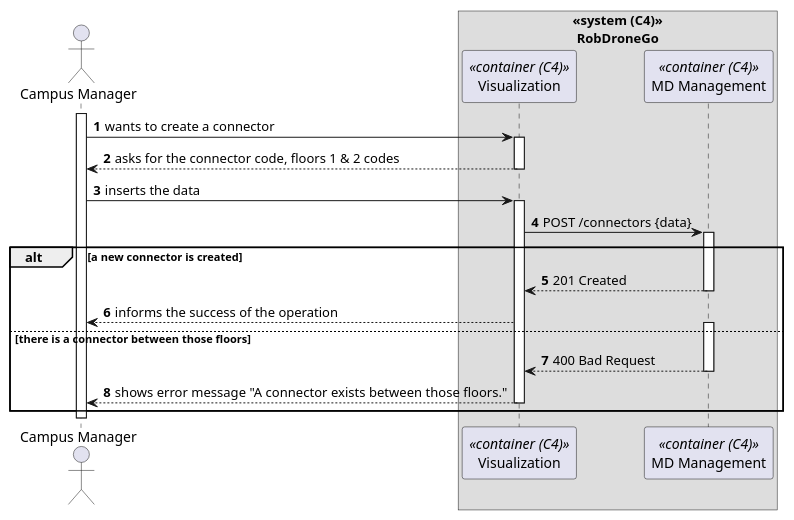
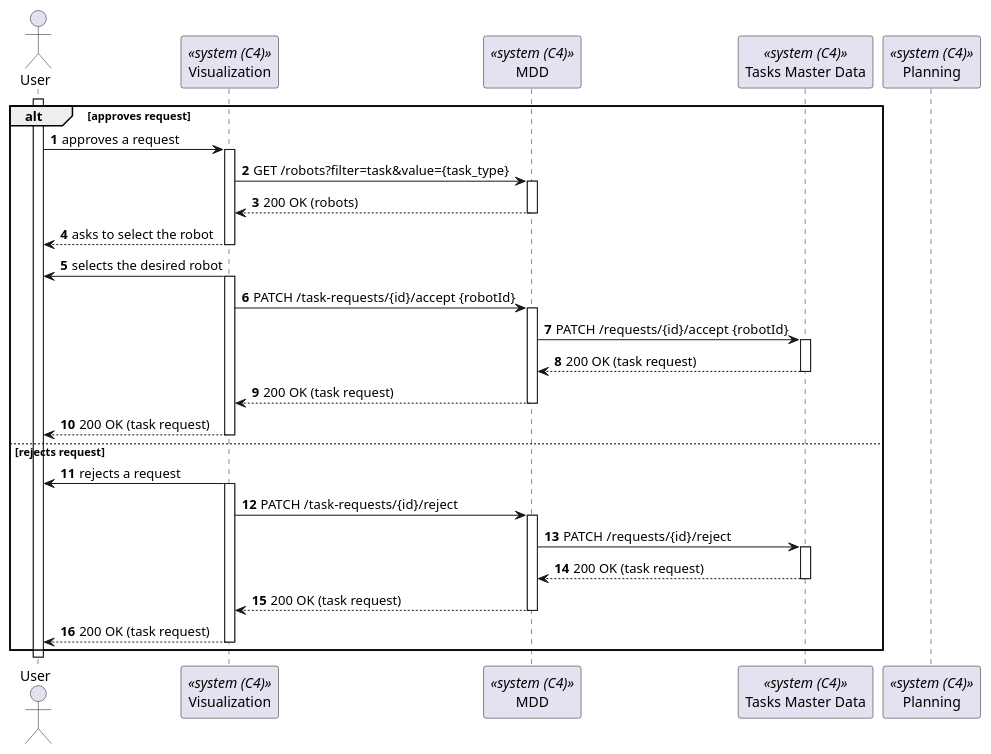
One commit to miseEnPlace-dev/lapr5 changed the diagram in _wiki/sprint-c/us-470/views/level-2/process-view.puml. Above: the diagram before and after it, drawn with PlantUML. The commit also changed 4 other files, not shown here.

```diff
--- a/_wiki/sprint-c/us-470/views/level-2/process-view.puml
+++ b/_wiki/sprint-c/us-470/views/level-2/process-view.puml
@@ -1,42 +1,63 @@
 @startuml process-view
 autonumber
-skinparam DefaultTextAlignment<<center>> center
+actor TM as "User"
+participant UI as "Visualization" <<system (C4)>>
+participant MDD as "MDD" <<system (C4)>>
+participant TMD as "Tasks Master Data" <<system (C4)>>
+participant P as "Planning" <<system (C4)>>
 
-actor CM as "Campus Manager"
+activate TM
 
-box "«system (C4)»\nRobDroneGo" <<center>>
-  participant UI as "Visualization" <<container (C4)>>
-  participant MD as "MD Management" <<container (C4)>>
-end box
+alt approves request
+  TM -> UI : approves a request
+  activate UI
 
-activate CM
+  UI -> MDD : GET /robots?filter=task&value={task_type}
+  activate MDD
 
-CM -> UI : wants to create a connector
-activate UI
+  UI <-- MDD : 200 OK (robots)
+  deactivate MDD
 
-CM <-- UI : asks for the connector code, floors 1 & 2 codes
-deactivate UI
+  TM <-- UI : asks to select the robot
+  deactivate UI
 
-CM -> UI : inserts the data
-activate UI
+  UI -> TM : selects the desired robot
+  activate UI
 
-UI -> MD : POST /connectors {data}
-activate MD
+  UI -> MDD : PATCH /task-requests/{id}/accept {robotId}
+  activate MDD
 
-alt a new connector is created
-  UI <-- MD : 201 Created
-  deactivate MD
+  MDD -> TMD : PATCH /requests/{id}/accept {robotId}
+  activate TMD
 
-  CM <-- UI : informs the success of the operation
-else there is a connector between those floors
-  activate MD
-  UI <-- MD : 400 Bad Request
-  deactivate MD
+  MDD <-- TMD : 200 OK (task request)
+  deactivate TMD
 
-  CM <-- UI : shows error message "A connector exists between those floors."
+  UI <-- MDD : 200 OK (task request)
+  deactivate MDD
+
+  TM <-- UI : 200 OK (task request)
+  deactivate UI
+else rejects request
+  UI -> TM : rejects a request
+  activate UI
+
+  UI -> MDD : PATCH /task-requests/{id}/reject
+  activate MDD
+
+  MDD -> TMD : PATCH /requests/{id}/reject
+  activate TMD
+
+  MDD <-- TMD : 200 OK (task request)
+  deactivate TMD
+
+  UI <-- MDD : 200 OK (task request)
+  deactivate MDD
+
+  TM <-- UI : 200 OK (task request)
   deactivate UI
 end
 
-deactivate CM
+deactivate TM
 
 @enduml
```
